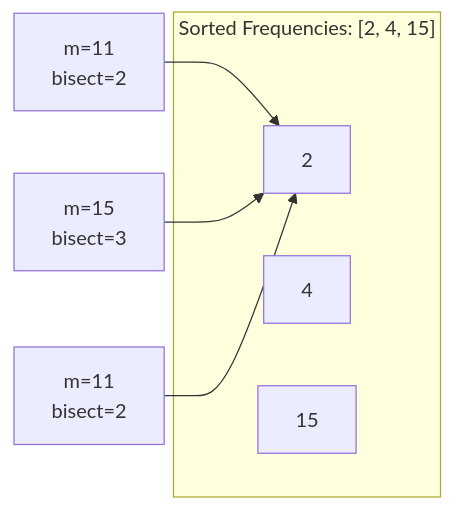
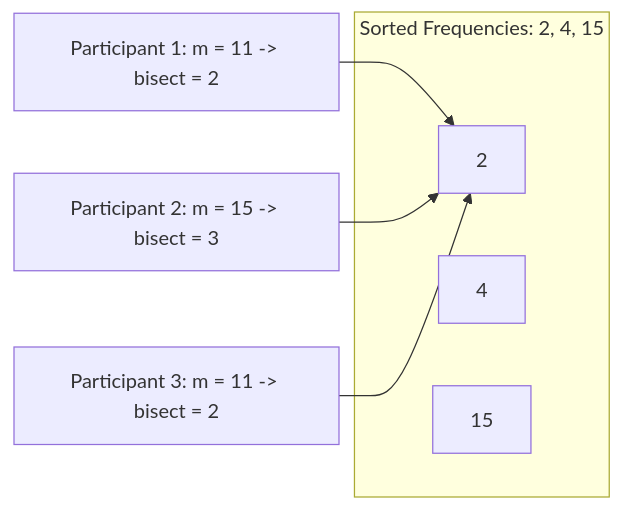
Before and after one commit to 2ru17/Project-Engram: the diagram in content/Main Notes/3rd Year/Term 1/CSALGCM/Module 2 - Divide and Conquer/Problem Sets/[PS] Empress Arcana Problems/03 - Metacognitive Frequencies.md, drawn with Mermaid. The commit also changed other lines of this file and 84 other files, not shown here.

````diff
--- a/content/Main Notes/3rd Year/Term 1/CSALGCM/Module 2 - Divide and Conquer/Problem Sets/[PS] Empress Arcana Problems/03 - Metacognitive Frequencies.md
+++ b/content/Main Notes/3rd Year/Term 1/CSALGCM/Module 2 - Divide and Conquer/Problem Sets/[PS] Empress Arcana Problems/03 - Metacognitive Frequencies.md
@@ -91,11 +101,11 @@
 ```mermaid
 flowchart LR
-    subgraph SF ["Sorted Frequencies: [2, 4, 15]"]
+    subgraph SF["Sorted Frequencies: 2, 4, 15"]
         F0["2"]
         F1["4"]
         F2["15"]
     end
-    P1["m=11\nbisect=2"] --> F0
-    P2["m=15\nbisect=3"] --> F0
-    P3["m=11\nbisect=2"] --> F0
+    P1["Participant 1: m = 11 -> bisect = 2"] --> F0
+    P2["Participant 2: m = 15 -> bisect = 3"] --> F0
+    P3["Participant 3: m = 11 -> bisect = 2"] --> F0
 ```
````
